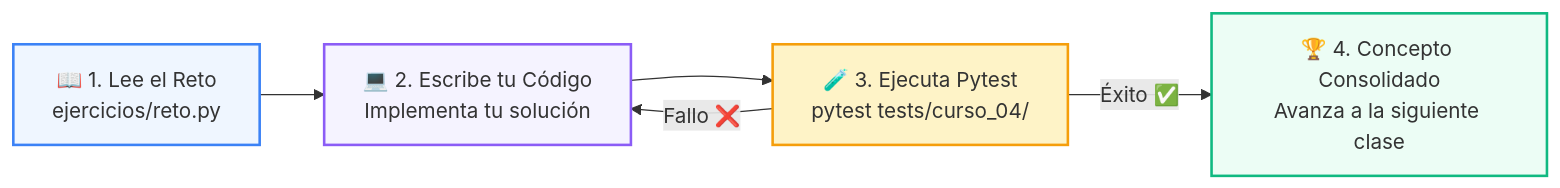
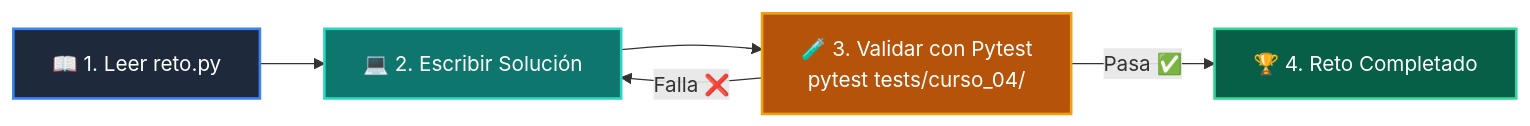
The diagram in 04-proyecto-final/clase-01-arquitectura-y-planificacion/ejercicios/README.md (wisrovi/wisrovi-python), drawn with Mermaid before and after one commit. The commit also changed other lines of this file and 271 other files, not shown here.

Commit message:
docs: rewrite all README.md files with bespoke topic-specific Mermaid diagrams and remove repetitive boilerplate

````diff
--- a/04-proyecto-final/clase-01-arquitectura-y-planificacion/ejercicios/README.md
+++ b/04-proyecto-final/clase-01-arquitectura-y-planificacion/ejercicios/README.md
@@ -10,12 +15,12 @@
 ```mermaid
 flowchart LR
-    A["📖 1. Lee el Reto<br/>ejercicios/reto.py"] --> B["💻 2. Escribe tu Código<br/>Implementa tu solución"]
-    B --> C["🧪 3. Ejecuta Pytest<br/>pytest tests/curso_04/"]
-    C -->|Fallo ❌| B
-    C -->|Éxito ✅| D["🏆 4. Concepto Consolidado<br/>Avanza a la siguiente clase"]
+    A["📖 1. Leer reto.py"] --> B["💻 2. Escribir Solución"]
+    B --> C["🧪 3. Validar con Pytest<br/>pytest tests/curso_04/"]
+    C -->|Falla ❌| B
+    C -->|Pasa ✅| D["🏆 4. Reto Completado"]
 
-    style A fill:#eff6ff,stroke:#3b82f6,stroke-width:2px
-    style B fill:#f5f3ff,stroke:#8b5cf6,stroke-width:2px
-    style C fill:#fef3c7,stroke:#f59e0b,stroke-width:2px
-    style D fill:#ecfdf5,stroke:#10b981,stroke-width:2px
+    style A fill:#1e293b,color:#fff,stroke:#3b82f6,stroke-width:2px
+    style B fill:#0f766e,color:#fff,stroke:#2dd4bf,stroke-width:2px
+    style C fill:#b45309,color:#fff,stroke:#f59e0b,stroke-width:2px
+    style D fill:#065f46,color:#fff,stroke:#34d399,stroke-width:2px
 ```
````
